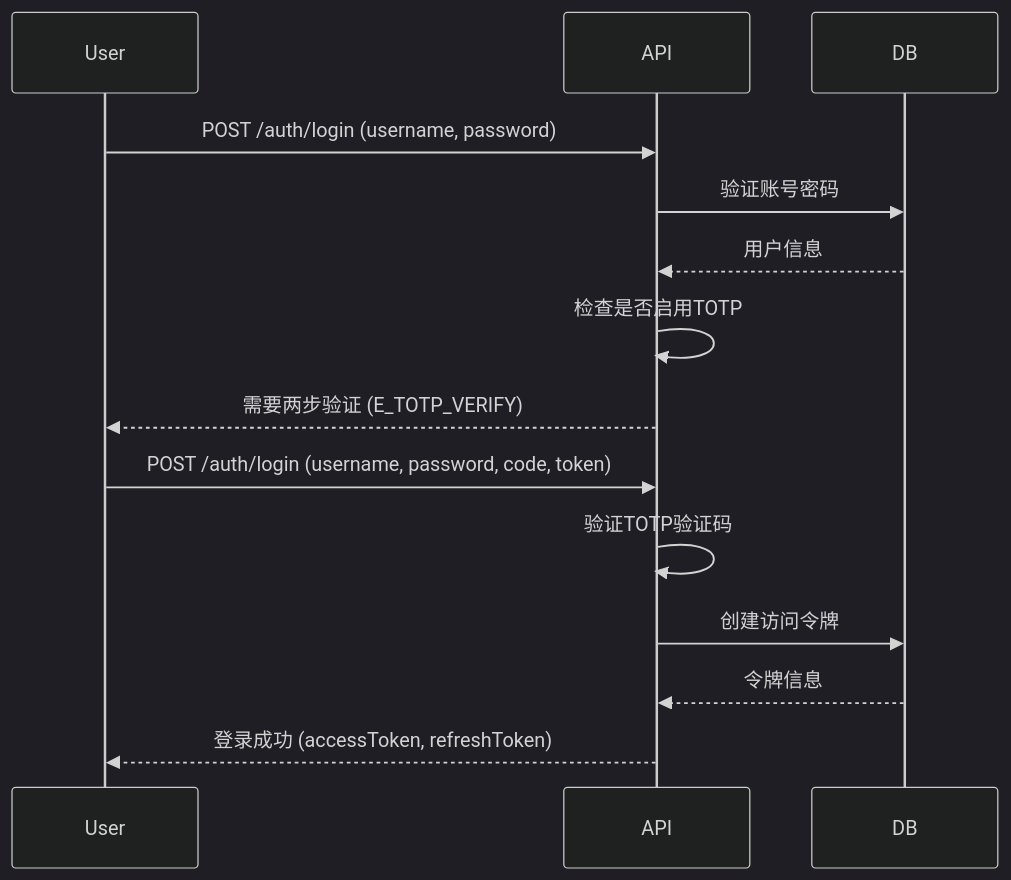
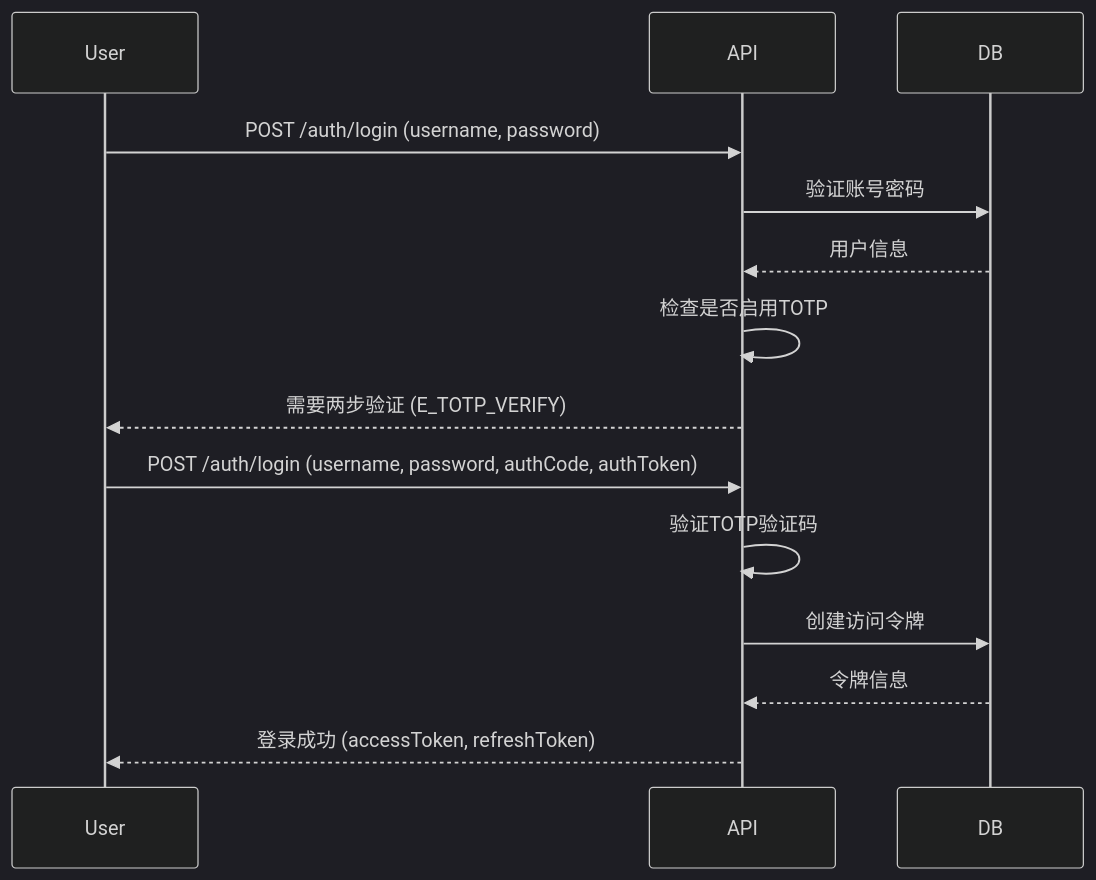
One commit to tmkook/adonis-admin changed the diagram in README.md. Above: the diagram before and after it, drawn with Mermaid (dark theme). The commit also changed other lines of this file and 3 other files, not shown here.

````diff
--- a/README.md
+++ b/README.md
@@ -183,16 +183,16 @@
 ```mermaid
 sequenceDiagram
     participant User
     participant API
     participant DB
     User->>API: POST /auth/login (username, password)
     API->>DB: 验证账号密码
     DB-->>API: 用户信息
     API->>API: 检查是否启用TOTP
     API-->>User: 需要两步验证 (E_TOTP_VERIFY)
-    User->>API: POST /auth/login (username, password, code, token)
+    User->>API: POST /auth/login (username, password, authCode, authToken)
     API->>API: 验证TOTP验证码
     API->>DB: 创建访问令牌
     DB-->>API: 令牌信息
     API-->>User: 登录成功 (accessToken, refreshToken)
 ```
````
